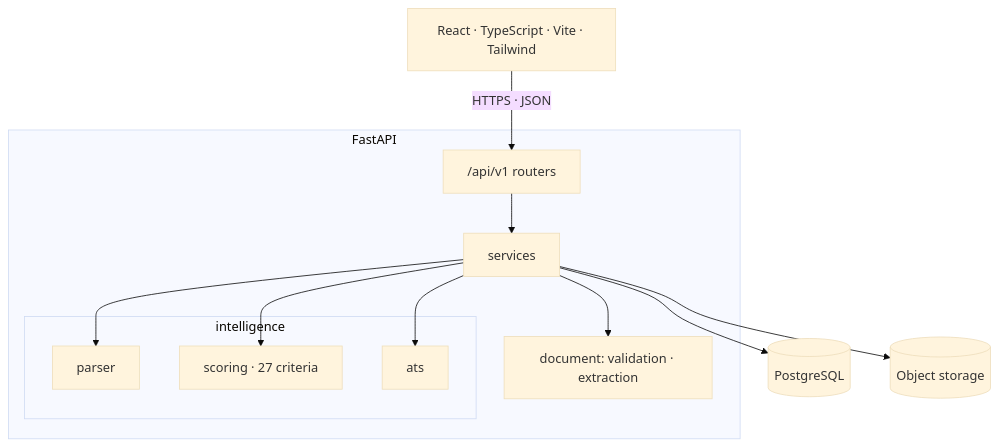
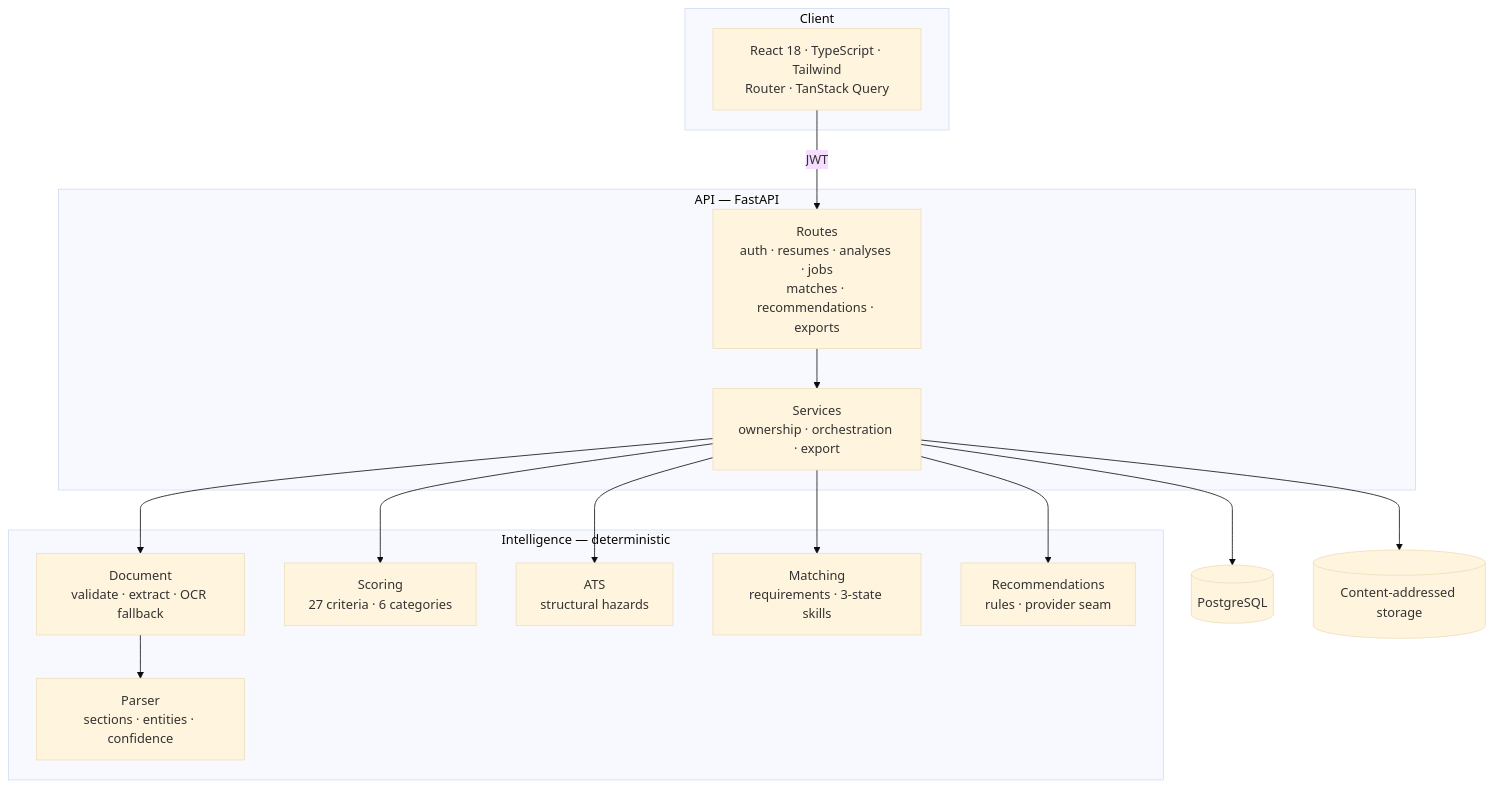
Before and after one commit to tdzoro/Potencia: the second of 2 diagrams in README.md, drawn with Mermaid (base theme). The commit also changed other lines of this file and 63 other files, not shown here.

First line of the commit message:
Complete the product: recommendations, studio, exports, frontend and hardening

````diff
--- a/README.md
+++ b/README.md
@@ -179,25 +185,29 @@
 ```mermaid
 flowchart TB
-    UI["React · TypeScript · Vite · Tailwind"]
-    subgraph API["FastAPI"]
-        R["/api/v1 routers"]
-        S["services"]
-        subgraph INT["intelligence"]
-            P["parser"]
-            SC["scoring · 27 criteria"]
-            AT["ats"]
-        end
-        D["document: validation · extraction"]
+    subgraph Client
+        UI[React 18 · TypeScript · Tailwind<br/>Router · TanStack Query]
     end
-    DB[("PostgreSQL")]
-    FS[("Object storage")]
+    subgraph API["API — FastAPI"]
+        R[Routes<br/>auth · resumes · analyses · jobs<br/>matches · recommendations · exports]
+        S[Services<br/>ownership · orchestration · export]
+    end
+    subgraph Intelligence["Intelligence — deterministic"]
+        D[Document<br/>validate · extract · OCR fallback]
+        P[Parser<br/>sections · entities · confidence]
+        SC[Scoring<br/>27 criteria · 6 categories]
+        AT[ATS<br/>structural hazards]
+        M[Matching<br/>requirements · 3-state skills]
+        RC[Recommendations<br/>rules · provider seam]
+    end
+    DB[(PostgreSQL)]
+    FS[(Content-addressed storage)]
 
-    UI -->|"HTTPS · JSON"| R
-    R --> S
-    S --> P
+    UI -->|JWT| R --> S
+    S --> D --> P
     S --> SC
     S --> AT
-    S --> D
+    S --> M
+    S --> RC
     S --> DB
     S --> FS
 ```
````
